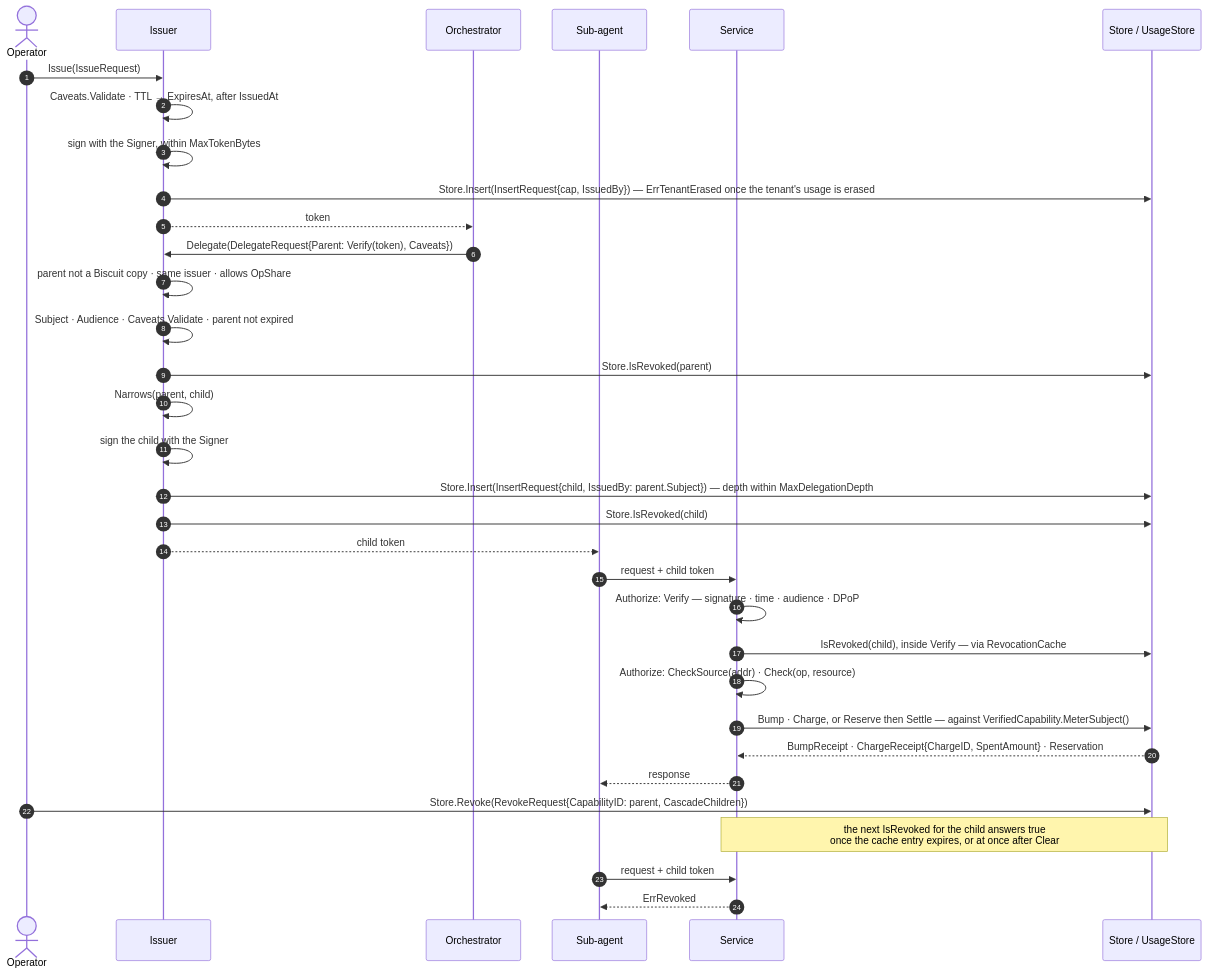
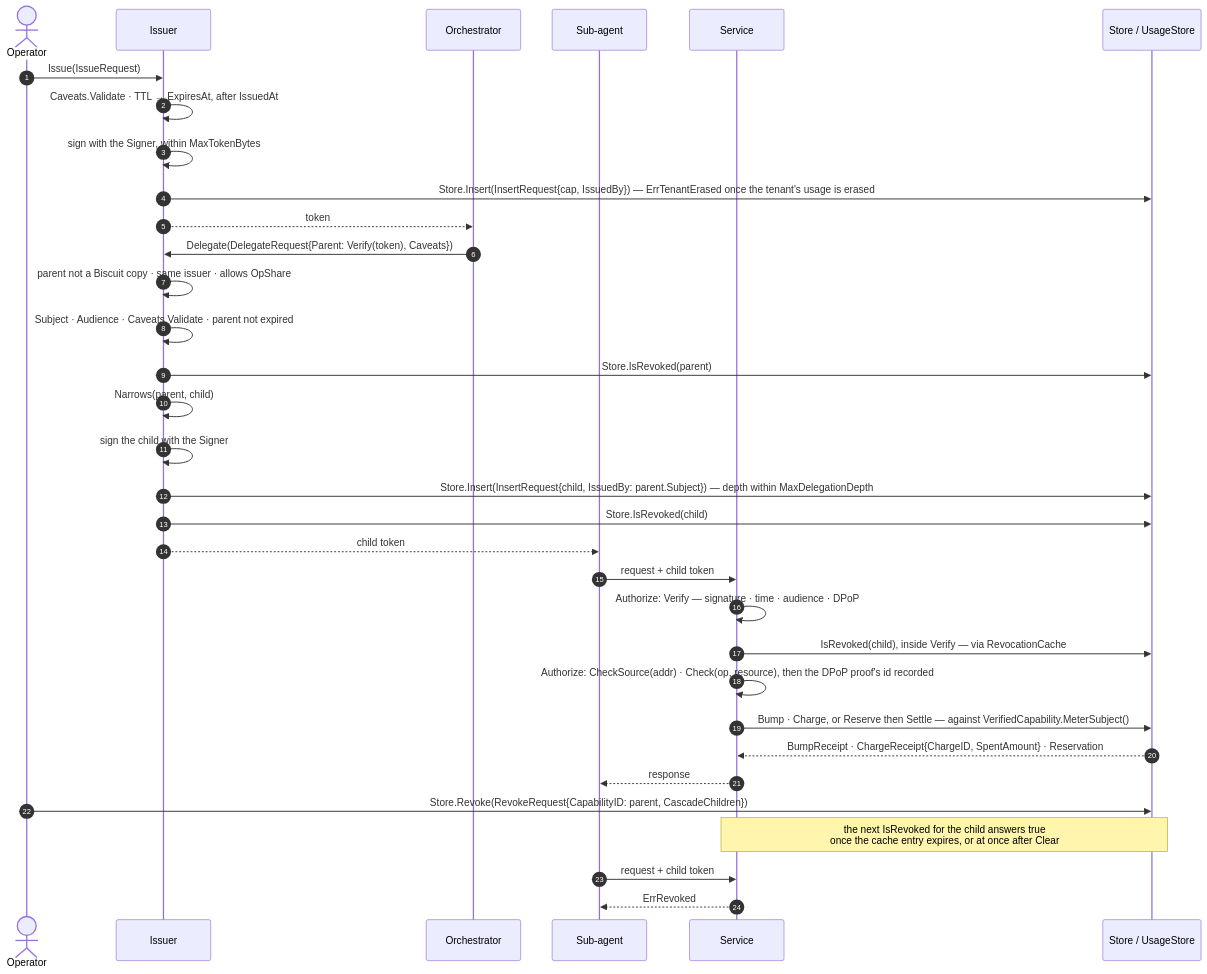
The second of 13 diagrams in docs/diagrams.md (oleg-tkachuk/limes), drawn with Mermaid before and after one commit. The commit also changed other lines of this file and 10 other files, not shown here.

First line of the commit message:
docs: bring the guide, diagrams and comments in line with the code

````diff
--- a/docs/diagrams.md
+++ b/docs/diagrams.md
@@ -165,39 +167,39 @@
 ```mermaid
 sequenceDiagram
     autonumber
     actor Op as Operator
     participant I as Issuer
     participant O as Orchestrator
     participant W as Sub-agent
     participant S as Service
     participant St as Store / UsageStore
 
     Op->>I: Issue(IssueRequest)
     I->>I: Caveats.Validate · TTL → ExpiresAt, after IssuedAt
     I->>I: sign with the Signer, within MaxTokenBytes
     I->>St: Store.Insert(InsertRequest{cap, IssuedBy}) — ErrTenantErased once the tenant's usage is erased
     I-->>O: token
 
     O->>I: Delegate(DelegateRequest{Parent: Verify(token), Caveats})
     I->>I: parent not a Biscuit copy · same issuer · allows OpShare
     I->>I: Subject · Audience · Caveats.Validate · parent not expired
     I->>St: Store.IsRevoked(parent)
     I->>I: Narrows(parent, child)
     I->>I: sign the child with the Signer
     I->>St: Store.Insert(InsertRequest{child, IssuedBy: parent.Subject}) — depth within MaxDelegationDepth
     I->>St: Store.IsRevoked(child)
     I-->>W: child token
 
     W->>S: request + child token
     S->>S: Authorize: Verify — signature · time · audience · DPoP
     S->>St: IsRevoked(child), inside Verify — via RevocationCache
-    S->>S: Authorize: CheckSource(addr) · Check(op, resource)
+    S->>S: Authorize: CheckSource(addr) · Check(op, resource), then the DPoP proof's id recorded
     S->>St: Bump · Charge, or Reserve then Settle — against VerifiedCapability.MeterSubject()
     St-->>S: BumpReceipt · ChargeReceipt{ChargeID, SpentAmount} · Reservation
     S-->>W: response
 
     Op->>St: Store.Revoke(RevokeRequest{CapabilityID: parent, CascadeChildren})
     Note over S,St: the next IsRevoked for the child answers true<br/>once the cache entry expires, or at once after Clear
     W->>S: request + child token
     S-->>W: ErrRevoked
 ```
````
